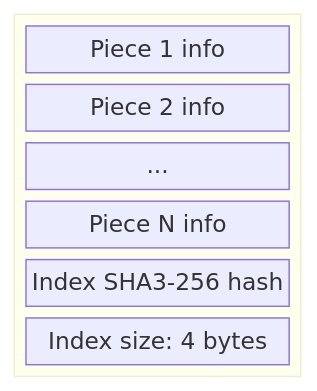
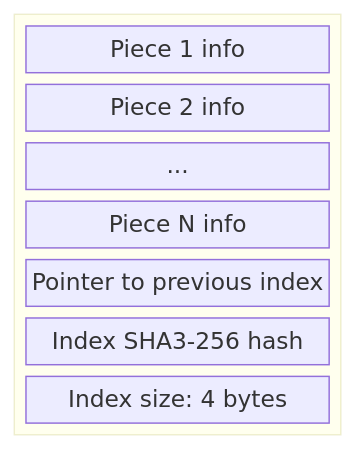
Before and after one commit to erikedin/Pokitomo.jl: the third of 8 diagrams in doc/structure.md, drawn with Mermaid. The commit also changed other lines of this file, not shown here.

Commit message:
doc: minor additions to diagrams

````diff
--- a/doc/structure.md
+++ b/doc/structure.md
@@ -38,12 +38,13 @@
 ```mermaid
 block-beta
     block
         columns 1
         Piece1Info["Piece 1 info"]
         Piece2Info["Piece 2 info"]
         ...
         PieceNInfo["Piece N info"]
+        PointerToPrev["Pointer to previous index"]
         IndexHash["Index SHA3-256 hash"]
         IndexSize["Index size: 4 bytes"]
     end
 ```
````
